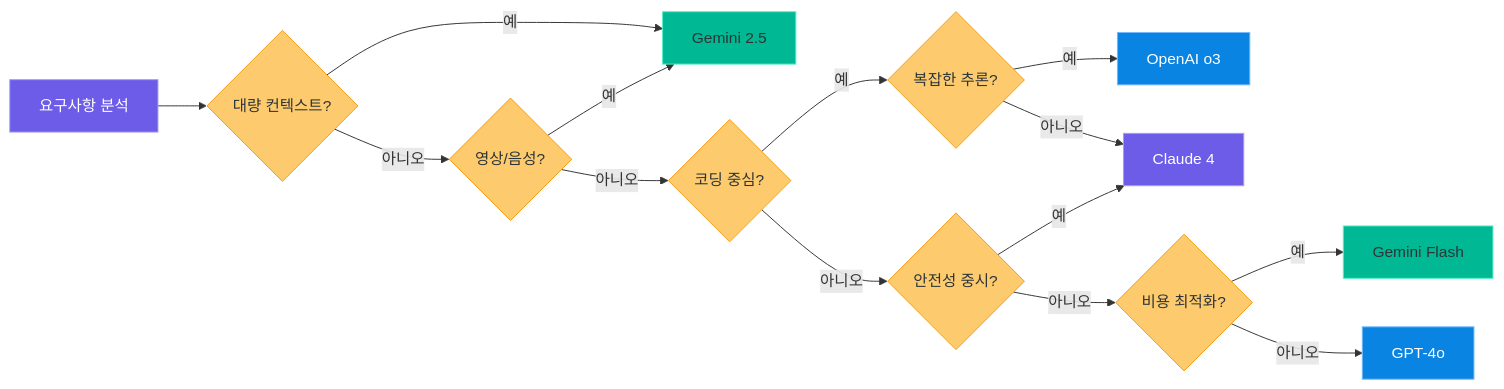
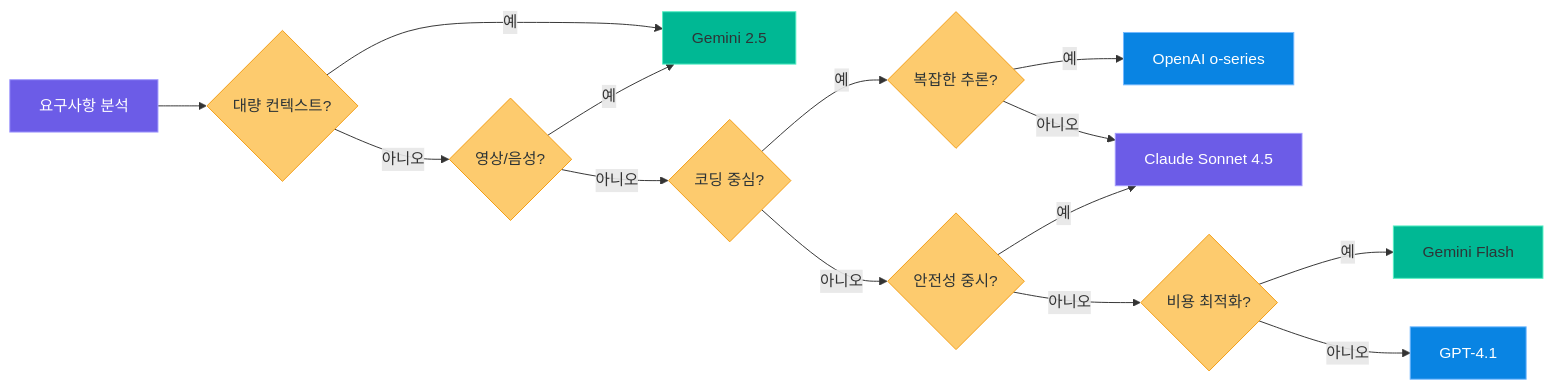
One commit to lovehyun/tutorial-genai changed the fourth of 4 diagrams in 0.docs/05_genai_advanced/03_gemini_api.md. Above: the diagram before and after it, drawn with Mermaid. The commit also changed other lines of this file and 20 other files, not shown here.

````diff
--- a/0.docs/05_genai_advanced/03_gemini_api.md
+++ b/0.docs/05_genai_advanced/03_gemini_api.md
@@ -967,29 +967,29 @@
 ```mermaid
 flowchart LR
     START["요구사항 분석"] --> Q1{"대량 컨텍스트?"}
     Q1 -->|"예"| GEMINI["Gemini 2.5"]
     Q1 -->|"아니오"| Q2{"영상/음성?"}
     Q2 -->|"예"| GEMINI
     Q2 -->|"아니오"| Q3{"코딩 중심?"}
     Q3 -->|"예"| Q4{"복잡한 추론?"}
     Q3 -->|"아니오"| Q5{"안전성 중시?"}
-    Q4 -->|"예"| O3["OpenAI o3"]
-    Q4 -->|"아니오"| CLAUDE["Claude 4"]
+    Q4 -->|"예"| O3["OpenAI o-series"]
+    Q4 -->|"아니오"| CLAUDE["Claude Sonnet 4.5"]
     Q5 -->|"예"| CLAUDE
     Q5 -->|"아니오"| Q6{"비용 최적화?"}
     Q6 -->|"예"| FLASH["Gemini Flash"]
-    Q6 -->|"아니오"| GPT["GPT-4o"]
+    Q6 -->|"아니오"| GPT["GPT-4.1"]
 
     style START fill:#6c5ce7,stroke:#a29bfe,color:#fff
     style Q1 fill:#fdcb6e,stroke:#f39c12,color:#2d3436
     style Q2 fill:#fdcb6e,stroke:#f39c12,color:#2d3436
     style Q3 fill:#fdcb6e,stroke:#f39c12,color:#2d3436
     style Q4 fill:#fdcb6e,stroke:#f39c12,color:#2d3436
     style Q5 fill:#fdcb6e,stroke:#f39c12,color:#2d3436
     style Q6 fill:#fdcb6e,stroke:#f39c12,color:#2d3436
     style GEMINI fill:#00b894,stroke:#55efc4,color:#2d3436
     style CLAUDE fill:#6c5ce7,stroke:#a29bfe,color:#fff
     style O3 fill:#0984e3,stroke:#74b9ff,color:#fff
     style FLASH fill:#00b894,stroke:#55efc4,color:#2d3436
     style GPT fill:#0984e3,stroke:#74b9ff,color:#fff
 ```
````
